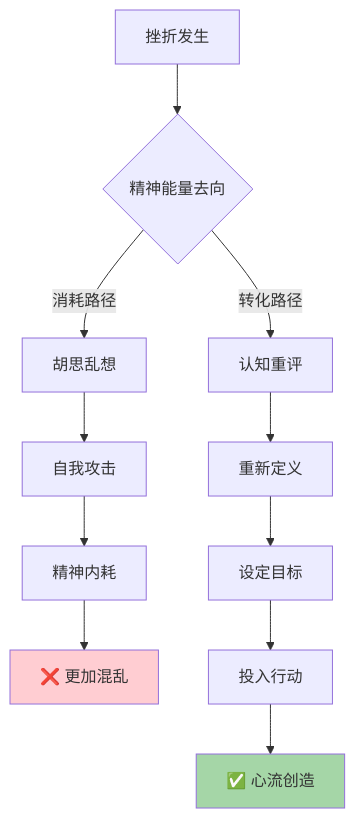
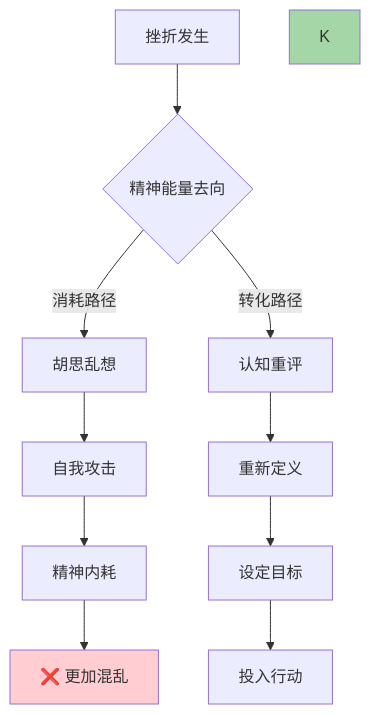
One commit to ql-wade/buffett-knowledge-base changed the second of 3 diagrams in content/psychology/心流-章节拆解/第9章-挫折中的心流.md. Above: the diagram before and after it, drawn with Mermaid. The commit also changed other lines of this file and 77 other files, not shown here.

````diff
--- a/content/psychology/心流-章节拆解/第9章-挫折中的心流.md
+++ b/content/psychology/心流-章节拆解/第9章-挫折中的心流.md
@@ -209,18 +209,17 @@
 ```mermaid
 flowchart TD
     A[挫折发生] --> B{精神能量去向}
 
     B -->|消耗路径| C[胡思乱想]
     C --> D[自我攻击]
     D --> E[精神内耗]
     E --> F[❌ 更加混乱]
 
     B -->|转化路径| G[认知重评]
     G --> H[重新定义]
     H --> I[设定目标]
     I --> J[投入行动]
-    J --> K[✅ 心流创造]
 
     style F fill:#ffcdd2
     style K fill:#a5d6a7
 ```
````
